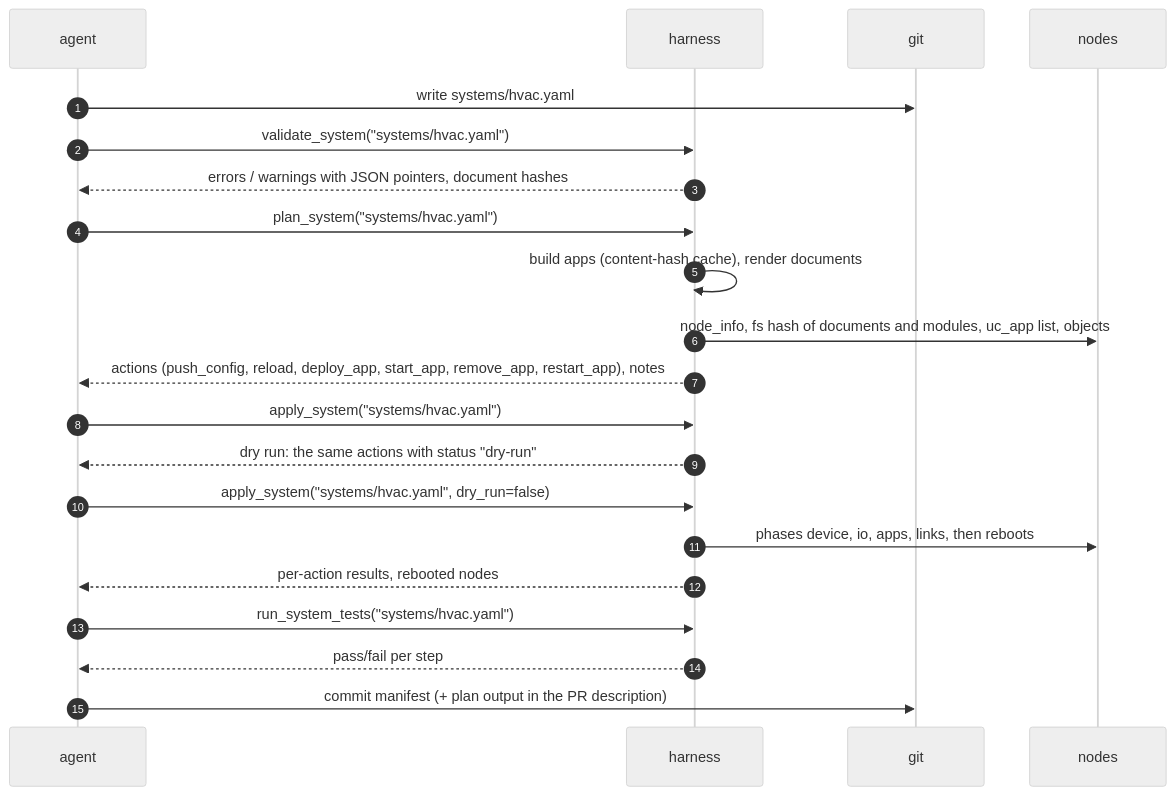
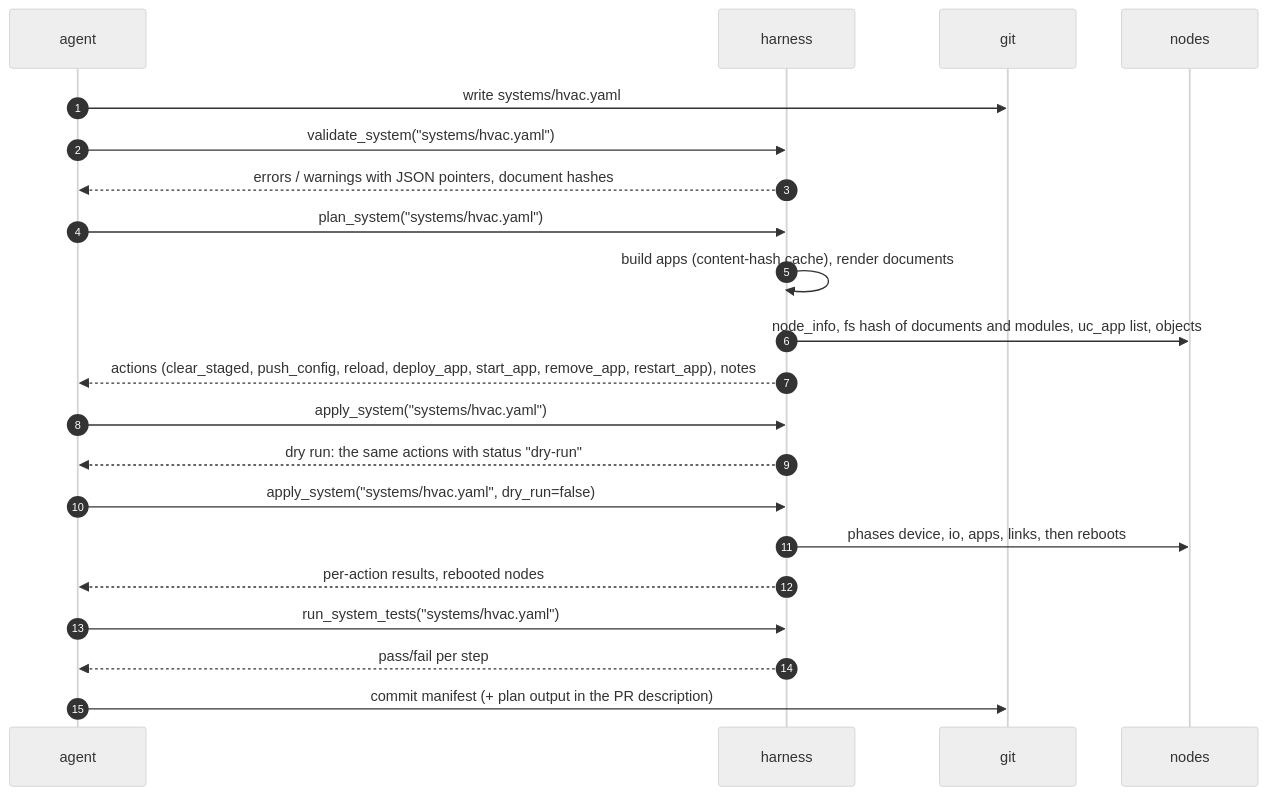
Before and after one commit to IlijaVorontsov/BACNet-uc: the fifth of 8 diagrams in docs/harness-mcp.md, drawn with Mermaid (neutral theme). The commit also changed other lines of this file and 26 other files, not shown here.

````diff
--- a/docs/harness-mcp.md
+++ b/docs/harness-mcp.md
@@ -323,23 +323,23 @@
 ```mermaid
 sequenceDiagram
     autonumber
     participant A as agent
     participant H as harness
     participant G as git
     participant N as nodes
     A->>G: write systems/hvac.yaml
     A->>H: validate_system("systems/hvac.yaml")
     H-->>A: errors / warnings with JSON pointers, document hashes
     A->>H: plan_system("systems/hvac.yaml")
     H->>H: build apps (content-hash cache), render documents
     H->>N: node_info, fs hash of documents and modules, uc_app list, objects
-    H-->>A: actions (push_config, reload, deploy_app, start_app, remove_app, restart_app), notes
+    H-->>A: actions (clear_staged, push_config, reload, deploy_app, start_app, remove_app, restart_app), notes
     A->>H: apply_system("systems/hvac.yaml")
     H-->>A: dry run: the same actions with status "dry-run"
     A->>H: apply_system("systems/hvac.yaml", dry_run=false)
     H->>N: phases device, io, apps, links, then reboots
     H-->>A: per-action results, rebooted nodes
     A->>H: run_system_tests("systems/hvac.yaml")
     H-->>A: pass/fail per step
     A->>G: commit manifest (+ plan output in the PR description)
 ```
````
